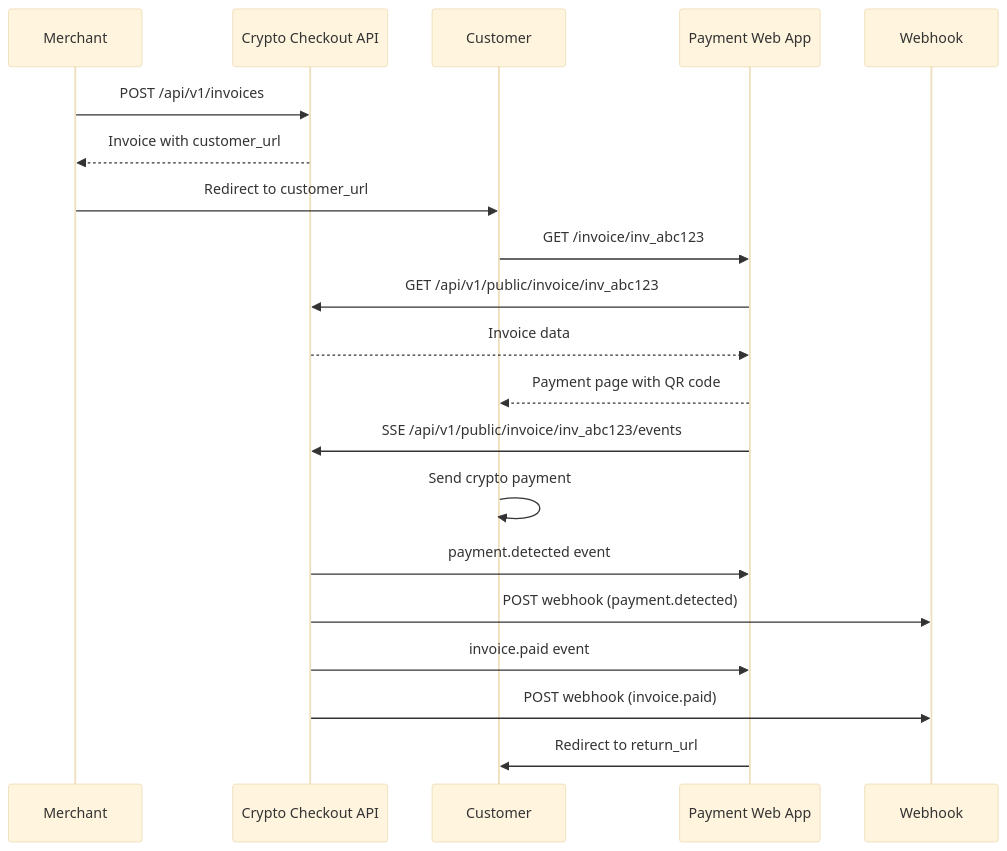
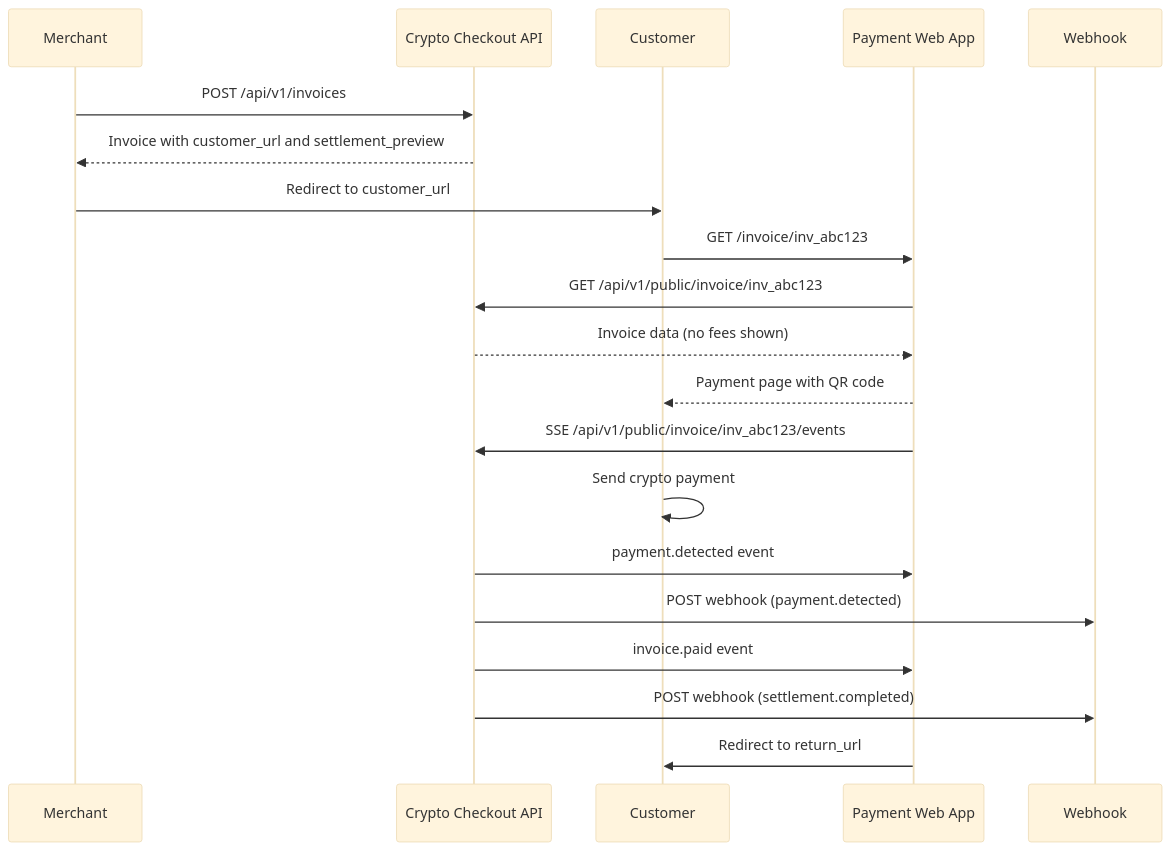
The first of 2 diagrams in docs/API.md (smirnoffmg/crypto-checkout), drawn with Mermaid (base theme) before and after one commit. The commit also changed other lines of this file and 11 other files, not shown here.

````diff
--- a/docs/API.md
+++ b/docs/API.md
@@ -875,27 +731,27 @@
 ```mermaid
 sequenceDiagram
     participant M as Merchant
     participant API as Crypto Checkout API
     participant C as Customer
     participant W as Payment Web App
     participant WH as Webhook
     
     M->>API: POST /api/v1/invoices
-    API-->>M: Invoice with customer_url
+    API-->>M: Invoice with customer_url and settlement_preview
     M->>C: Redirect to customer_url
     
     C->>W: GET /invoice/inv_abc123
     W->>API: GET /api/v1/public/invoice/inv_abc123
-    API-->>W: Invoice data
+    API-->>W: Invoice data (no fees shown)
     W-->>C: Payment page with QR code
     
     W->>API: SSE /api/v1/public/invoice/inv_abc123/events
     C->>C: Send crypto payment
     
     API->>W: payment.detected event
     API->>WH: POST webhook (payment.detected)
     
     API->>W: invoice.paid event
-    API->>WH: POST webhook (invoice.paid)
+    API->>WH: POST webhook (settlement.completed)
     W->>C: Redirect to return_url
 ```
````
